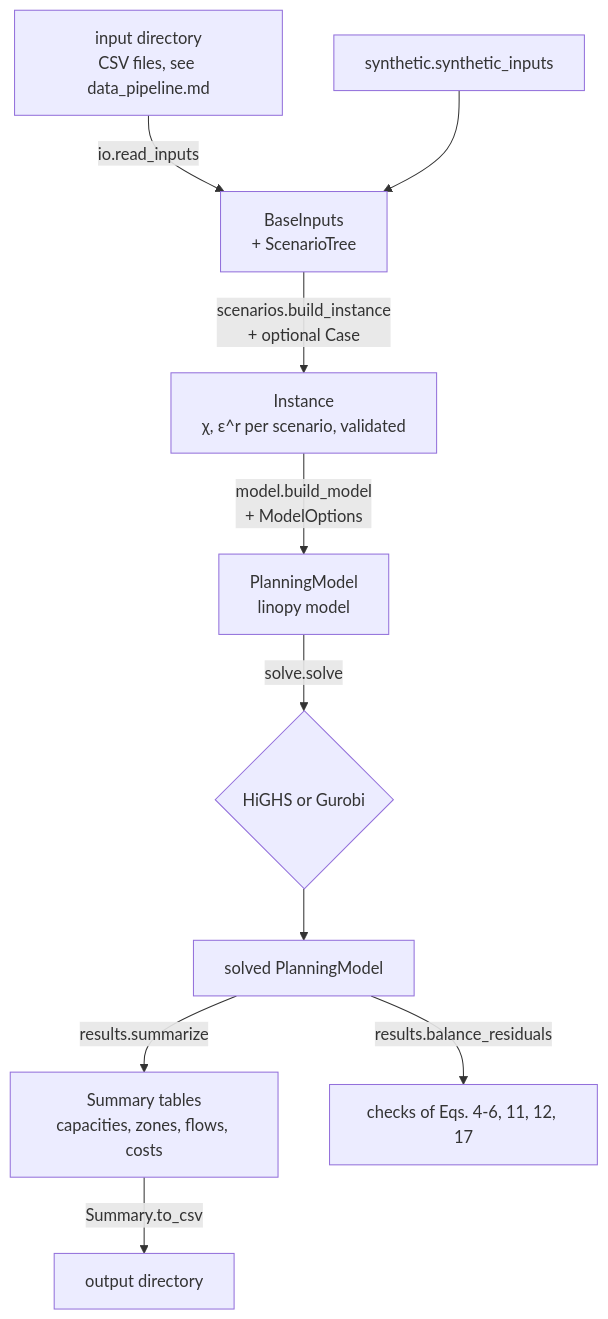
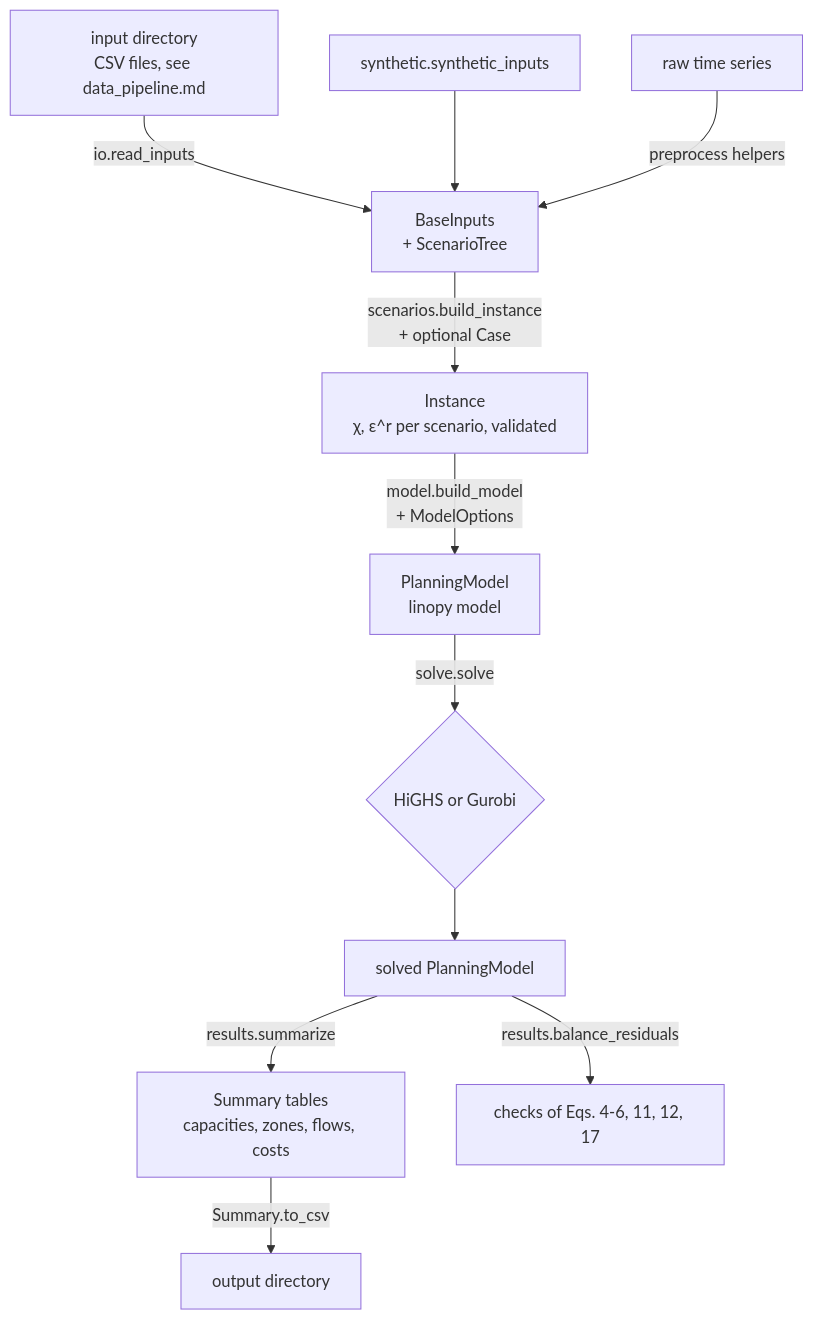
Before and after one commit to Henryutd2021/txh2-ercot-hydrogen: the diagram in docs/architecture.md, drawn with Mermaid. The commit also changed other lines of this file and 17 other files, not shown here.

````diff
--- a/docs/architecture.md
+++ b/docs/architecture.md
@@ -5,12 +5,13 @@
 ```mermaid
 flowchart TD
   A[input directory<br/>CSV files, see data_pipeline.md] -->|io.read_inputs| B[BaseInputs<br/>+ ScenarioTree]
   S[synthetic.synthetic_inputs] --> B
+  R[raw time series] -->|preprocess helpers| B
   B -->|scenarios.build_instance<br/>+ optional Case| C[Instance<br/>χ, ε^r per scenario, validated]
   C -->|model.build_model<br/>+ ModelOptions| D[PlanningModel<br/>linopy model]
   D -->|solve.solve| E{HiGHS or Gurobi}
   E --> F[solved PlanningModel]
   F -->|results.summarize| G[Summary tables<br/>capacities, zones, flows, costs]
   F -->|results.balance_residuals| H[checks of Eqs. 4-6, 11, 12, 17]
   G -->|Summary.to_csv| I[output directory]
 ```
````
